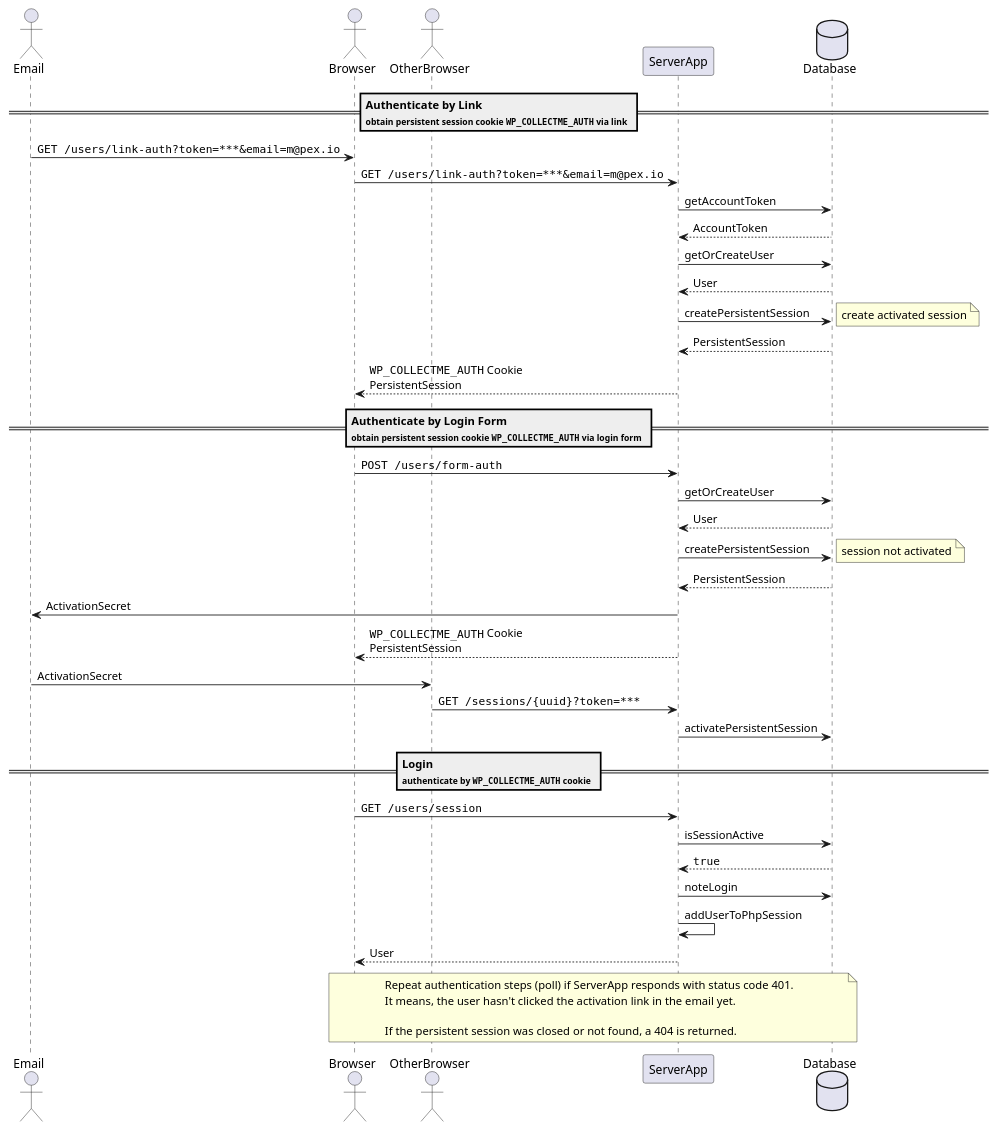
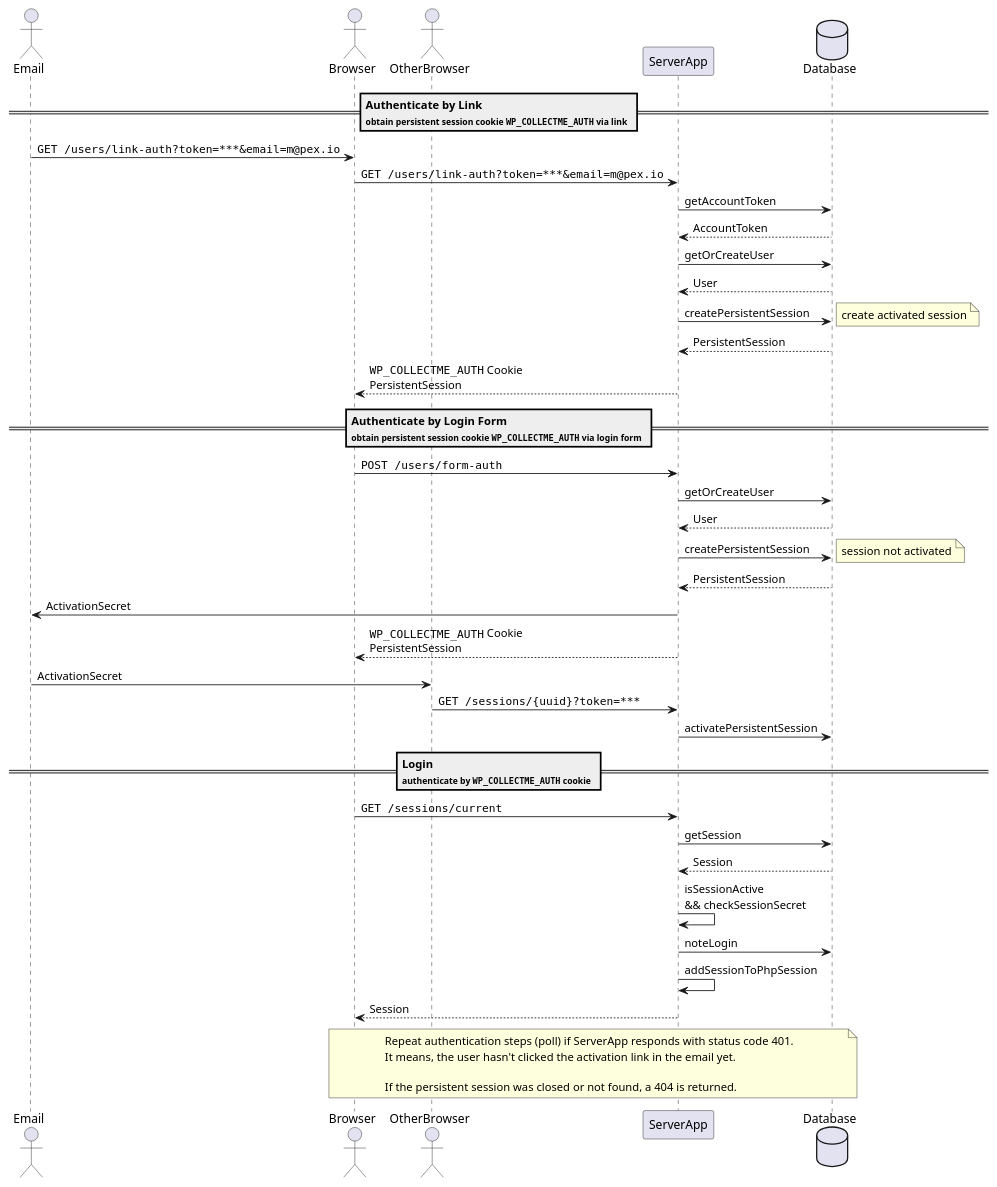
Before and after one commit to grueneschweiz/collectme: the diagram in docs/uml/login-flow.puml, drawn with PlantUML. The commit also changed 1 other file, not shown here.

```diff
--- a/docs/uml/login-flow.puml
+++ b/docs/uml/login-flow.puml
@@ -1,48 +1,49 @@
 @startuml
 Actor Email
 Actor Browser
 Actor OtherBrowser
 Participant ServerApp
 Database Database
 
 
 == Authenticate by Link\n<size:10>obtain persistent session cookie ""WP_COLLECTME_AUTH"" via link</size> ==
 Email -> Browser : ""GET /users/link-auth?token=***&email=m@pex.io""
 Browser -> ServerApp : ""GET /users/link-auth?token=***&email=m@pex.io""
 ServerApp -> Database : getAccountToken
 Database --> ServerApp : AccountToken
 ServerApp -> Database  : getOrCreateUser
 Database --> ServerApp : User
 ServerApp -> Database  : createPersistentSession
 note right: create activated session
 Database --> ServerApp : PersistentSession
 ServerApp --> Browser  : ""WP_COLLECTME_AUTH"" Cookie\nPersistentSession
 
 == Authenticate by Login Form\n<size:10>obtain persistent session cookie ""WP_COLLECTME_AUTH"" via login form</size> ==
 Browser -> ServerApp   : ""POST /users/form-auth""
 ServerApp -> Database  : getOrCreateUser
 Database --> ServerApp : User
 ServerApp -> Database  : createPersistentSession
 note right: session not activated
 Database --> ServerApp : PersistentSession
 ServerApp -> Email     : ActivationSecret
 ServerApp --> Browser  : ""WP_COLLECTME_AUTH"" Cookie\nPersistentSession
 Email -> OtherBrowser  : ActivationSecret
 OtherBrowser -> ServerApp: ""GET /sessions/{uuid}?token=***""
 ServerApp -> Database  : activatePersistentSession
 
 == Login\n<size:10>authenticate by ""WP_COLLECTME_AUTH"" cookie</size> ==
-Browser -> ServerApp : ""GET /users/session""
-ServerApp -> Database : isSessionActive
-Database --> ServerApp : ""true""
+Browser -> ServerApp : ""GET /sessions/current""
+ServerApp -> Database : getSession
+Database --> ServerApp : Session
+ServerApp -> ServerApp : isSessionActive\n&& checkSessionSecret
 ServerApp -> Database : noteLogin
-ServerApp -> ServerApp : addUserToPhpSession
-ServerApp --> Browser : User
+ServerApp -> ServerApp : addSessionToPhpSession
+ServerApp --> Browser : Session
 
 note over Browser, Database
 Repeat authentication steps (poll) if ServerApp responds with status code 401.
 It means, the user hasn't clicked the activation link in the email yet.
 
 If the persistent session was closed or not found, a 404 is returned.
 end note
 @enduml
```
